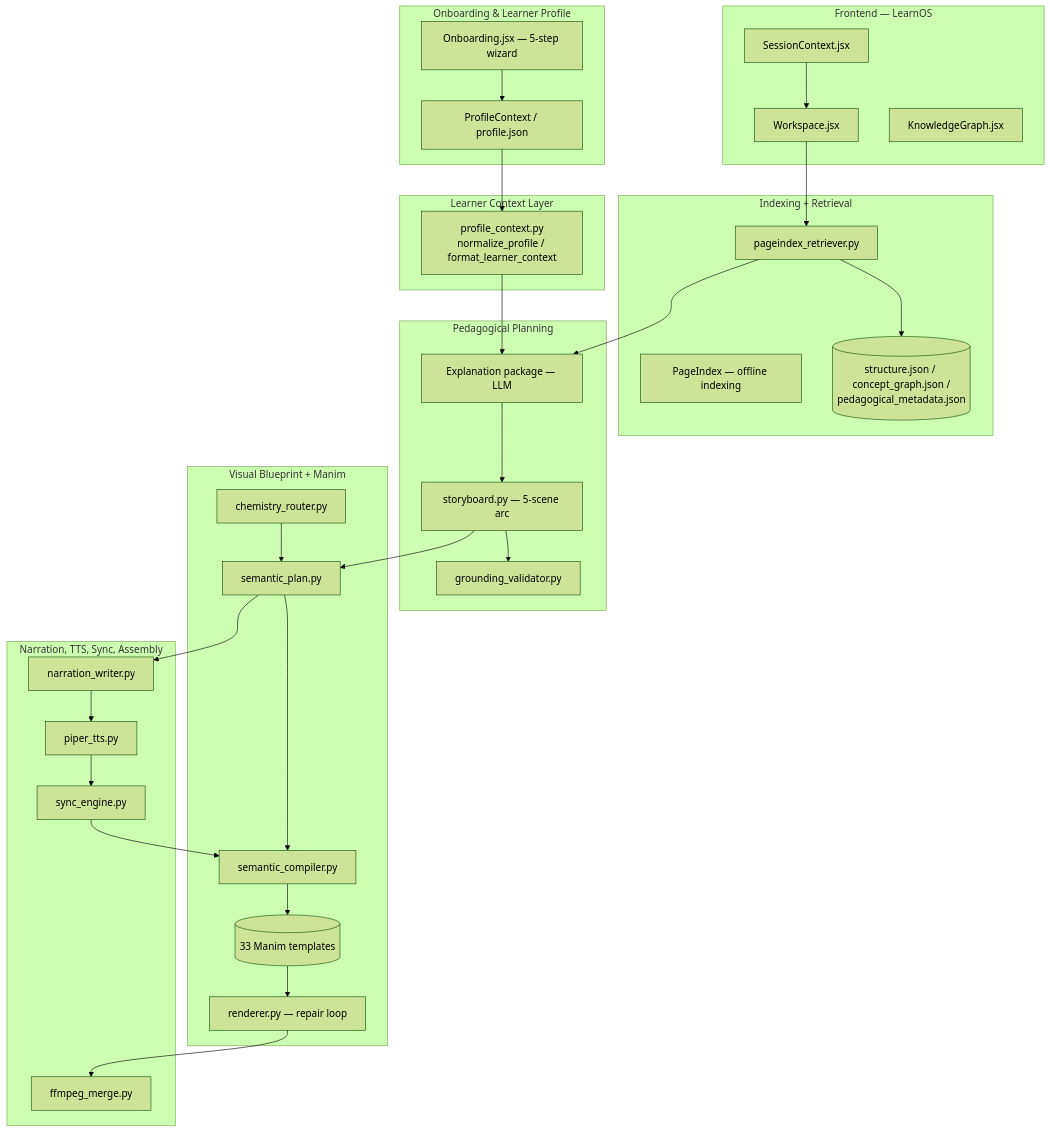
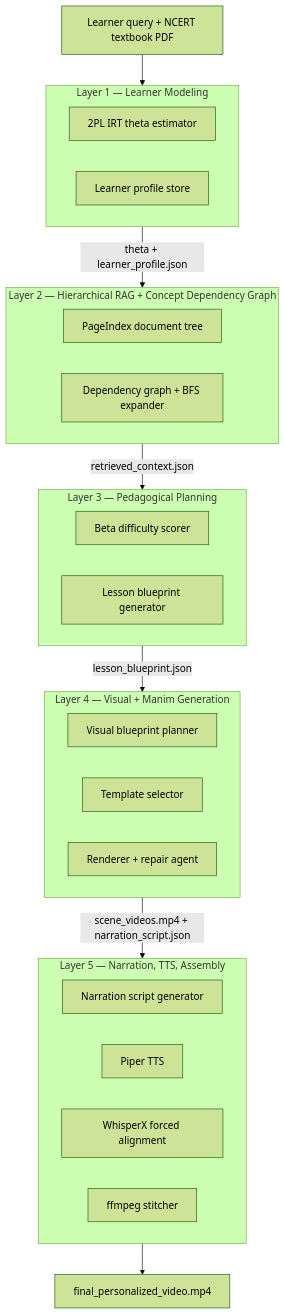
Before and after one commit to AbhishekLGowda05/RAG-MANIM: the diagram in README.md, drawn with Mermaid (forest theme). The commit also changed other lines of this file, not shown here.

````diff
--- a/README.md
+++ b/README.md
@@ -161,57 +79,41 @@
 ```mermaid
 flowchart TB
-    subgraph L0["Onboarding & Learner Profile"]
-        ONB[Onboarding.jsx — 5-step wizard]
-        PROF[ProfileContext / profile.json]
+    IN[Learner query + NCERT textbook PDF]
+
+    subgraph L1["Layer 1 — Learner Modeling"]
+        IRT[2PL IRT theta estimator]
+        PROF[Learner profile store]
     end
 
-    subgraph L1["Learner Context Layer"]
-        PC[profile_context.py<br/>normalize_profile / format_learner_context]
+    subgraph L2["Layer 2 — Hierarchical RAG + Concept Dependency Graph"]
+        PI[PageIndex document tree]
+        DEP[Dependency graph + BFS expander]
     end
 
-    subgraph L2["Indexing + Retrieval"]
-        PI[PageIndex — offline indexing]
-        ART[("structure.json / concept_graph.json /<br/>pedagogical_metadata.json")]
-        RET[pageindex_retriever.py]
+    subgraph L3["Layer 3 — Pedagogical Planning"]
+        BETA[Beta difficulty scorer]
+        PLAN[Lesson blueprint generator]
     end
 
-    subgraph L3["Pedagogical Planning"]
-        EXP[Explanation package — LLM]
-        SB[storyboard.py — 5-scene arc]
-        GV[grounding_validator.py]
+    subgraph L4["Layer 4 — Visual + Manim Generation"]
+        VB[Visual blueprint planner]
+        TS[Template selector]
+        REND[Renderer + repair agent]
     end
 
-    subgraph L4["Visual Blueprint + Manim"]
-        SP[semantic_plan.py]
-        CR[chemistry_router.py]
-        SC[semantic_compiler.py]
-        TMPL[(33 Manim templates)]
-        REN[renderer.py — repair loop]
+    subgraph L5["Layer 5 — Narration, TTS, Assembly"]
+        NAR[Narration script generator]
+        TTS[Piper TTS]
+        SYNC[WhisperX forced alignment]
+        STITCH[ffmpeg stitcher]
     end
 
-    subgraph L5["Narration, TTS, Sync, Assembly"]
-        NW[narration_writer.py]
-        TTS[piper_tts.py]
-        SYNC[sync_engine.py]
-        FF[ffmpeg_merge.py]
-    end
+    OUT[final_personalized_video.mp4]
 
-    subgraph FE["Frontend — LearnOS"]
-        WS[Workspace.jsx]
-        KG[KnowledgeGraph.jsx]
-        SESS[SessionContext.jsx]
-    end
-
-    ONB --> PROF --> PC
-    WS --> RET
-    RET --> ART
-    RET --> EXP
-    PC --> EXP
-    EXP --> SB --> GV
-    SB --> SP
-    CR --> SP
-    SP --> SC --> TMPL --> REN
-    SP --> NW --> TTS --> SYNC --> SC
-    REN --> FF
-    SESS --> WS
+    IN --> L1
+    L1 -->|theta + learner_profile.json| L2
+    L2 -->|retrieved_context.json| L3
+    L3 -->|lesson_blueprint.json| L4
+    L4 -->|scene_videos.mp4 + narration_script.json| L5
+    L5 --> OUT
 ```
````
